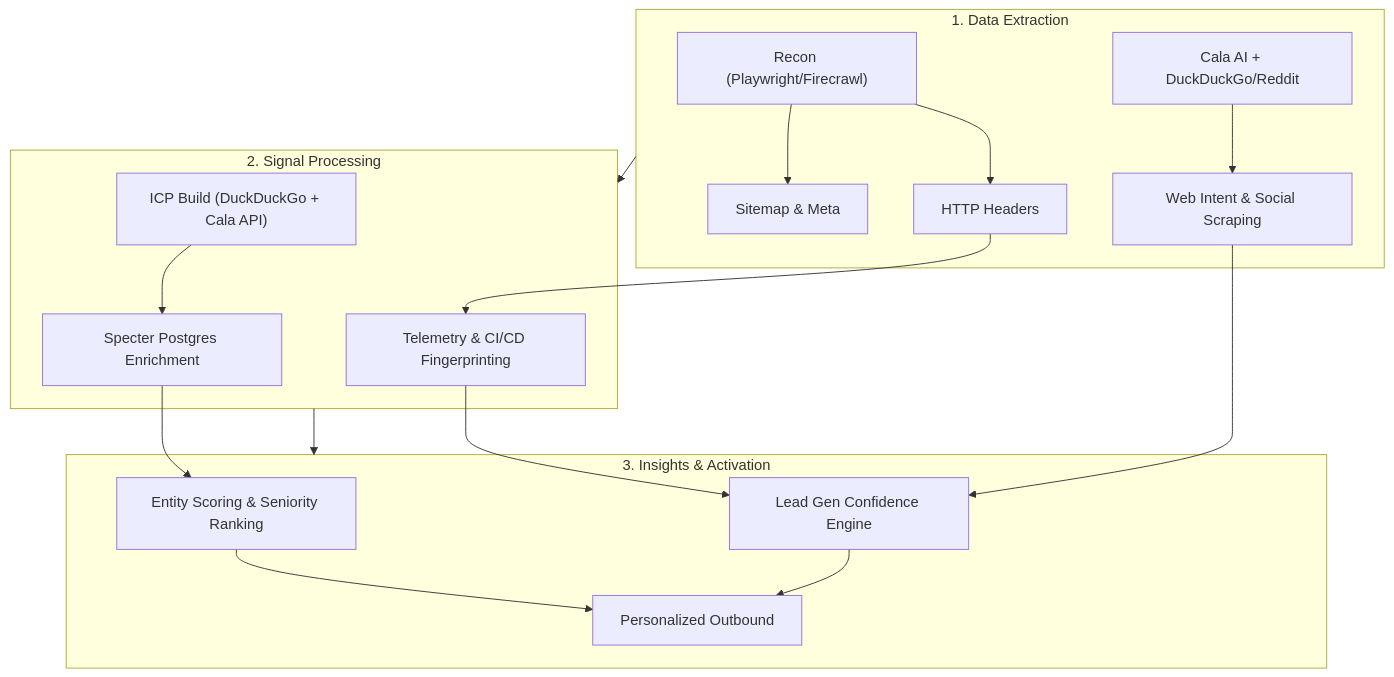
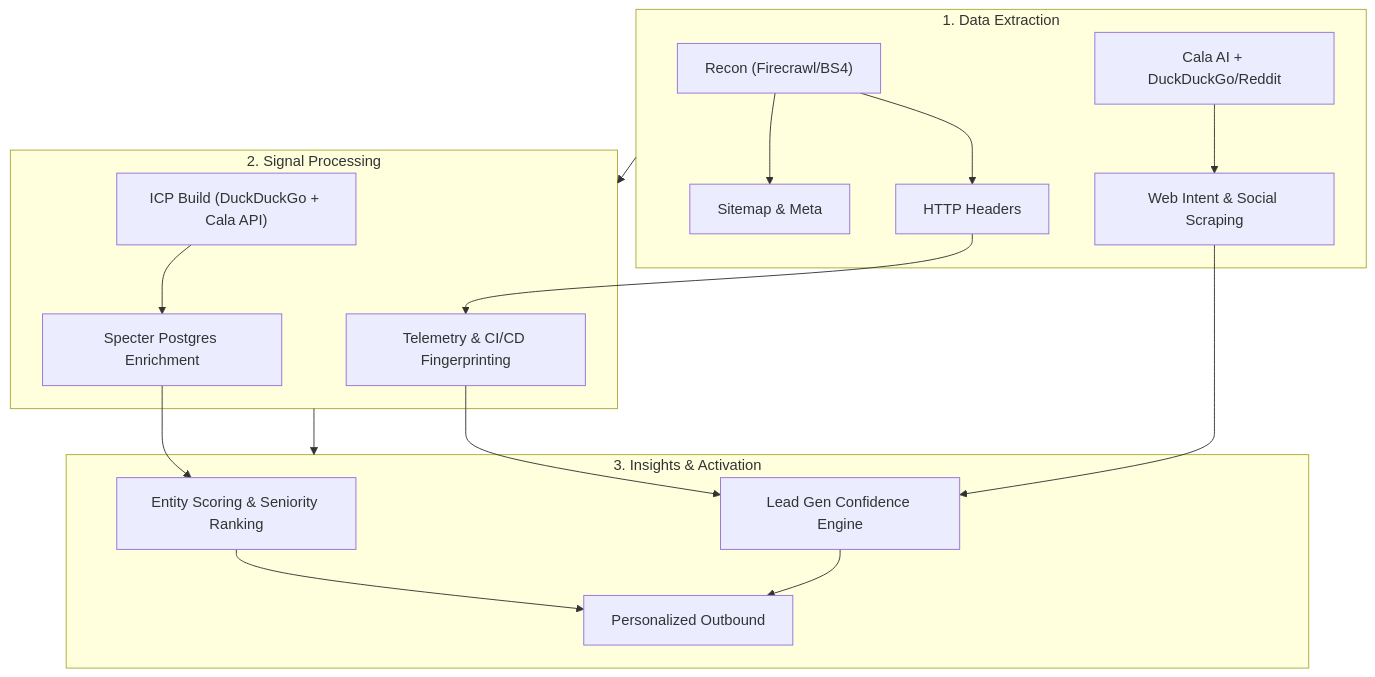
One commit to frankterpo/mermaidchart_prezi changed the first of 10 diagrams in presentation/white_circle_prezi.md. Above: the diagram before and after it, drawn with Mermaid. The commit also changed other lines of this file and 3 other files, not shown here.

````diff
--- a/presentation/white_circle_prezi.md
+++ b/presentation/white_circle_prezi.md
@@ -20,21 +20,21 @@
 ```mermaid
 flowchart TD
     subgraph Data_Extraction [1. Data Extraction]
-        A1["Recon (Playwright/Firecrawl)"] --> A2["Sitemap & Meta"]
+        A1["Recon (Firecrawl/BS4)"] --> A2["Sitemap & Meta"]
         A1 --> A3["HTTP Headers"]
         A4["Cala AI + DuckDuckGo/Reddit"] --> A5["Web Intent & Social Scraping"]
     end
     subgraph Signal_Processing [2. Signal Processing]
         B1["ICP Build (DuckDuckGo + Cala API)"] --> B2["Specter Postgres Enrichment"]
         A3 --> B3["Telemetry & CI/CD Fingerprinting"]
     end
     subgraph Insights_Activation [3. Insights & Activation]
         B2 --> C1["Entity Scoring & Seniority Ranking"]
         B3 --> C2["Lead Gen Confidence Engine"]
         A5 --> C2
         C1 --> C3["Personalized Outbound"]
         C2 --> C3
     end
     Data_Extraction --> Signal_Processing
     Signal_Processing --> Insights_Activation
 ```
````
